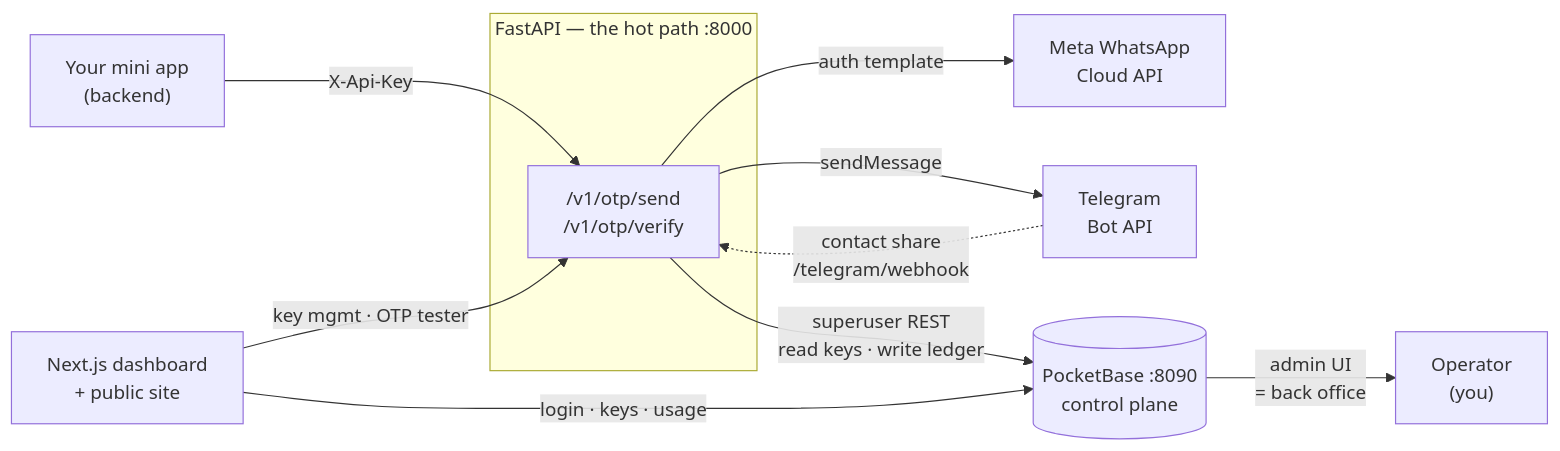
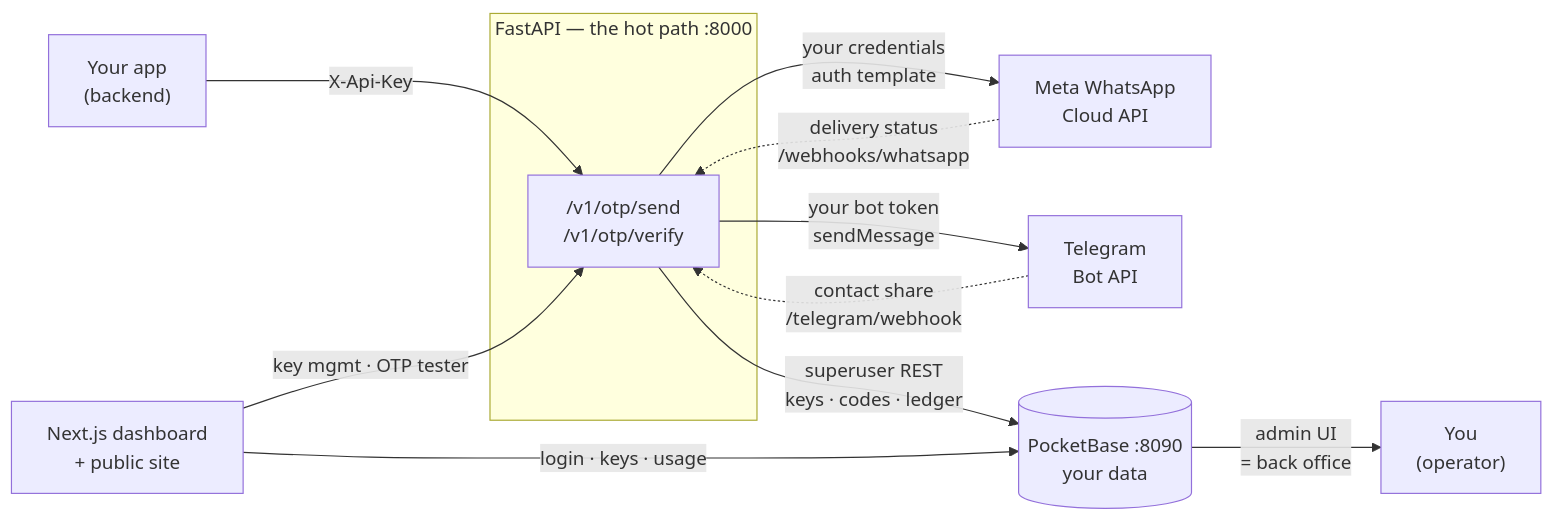
Before and after one commit to Luckyyaduvanshiofficial/wa-otp: the diagram in README.md, drawn with Mermaid. The commit also changed other lines of this file and 62 other files, not shown here.

Commit message:
feat(self-host): transform into open-source self-hostable WhatsApp OTP service

````diff
--- a/README.md
+++ b/README.md
@@ -94,18 +139,19 @@
 ```mermaid
 flowchart LR
-    MA["Your mini app<br/>(backend)"] -->|"X-Api-Key"| API
+    MA["Your app<br/>(backend)"] -->|"X-Api-Key"| API
 
     subgraph HOT["FastAPI — the hot path :8000"]
         API["/v1/otp/send<br/>/v1/otp/verify"]
     end
 
-    API -->|"auth template"| META["Meta WhatsApp<br/>Cloud API"]
-    API -->|"sendMessage"| TG["Telegram<br/>Bot API"]
+    API -->|"your credentials<br/>auth template"| META["Meta WhatsApp<br/>Cloud API"]
+    API -->|"your bot token<br/>sendMessage"| TG["Telegram<br/>Bot API"]
+
     TG -.->|"contact share<br/>/telegram/webhook"| API
+    META -.->|"delivery status<br/>/webhooks/whatsapp"| API
 
-    API -->|"superuser REST<br/>read keys · write ledger"| PB[("PocketBase :8090<br/>control plane")]
-
-    PB -->|"admin UI<br/>= back office"| OP["Operator<br/>(you)"]
+    API -->|"superuser REST<br/>keys · codes · ledger"| PB[("PocketBase :8090<br/>your data")]
+    PB -->|"admin UI<br/>= back office"| OP["You<br/>(operator)"]
     DASH["Next.js dashboard<br/>+ public site"] -->|"login · keys · usage"| PB
     DASH -->|"key mgmt · OTP tester"| API
 ```
````
